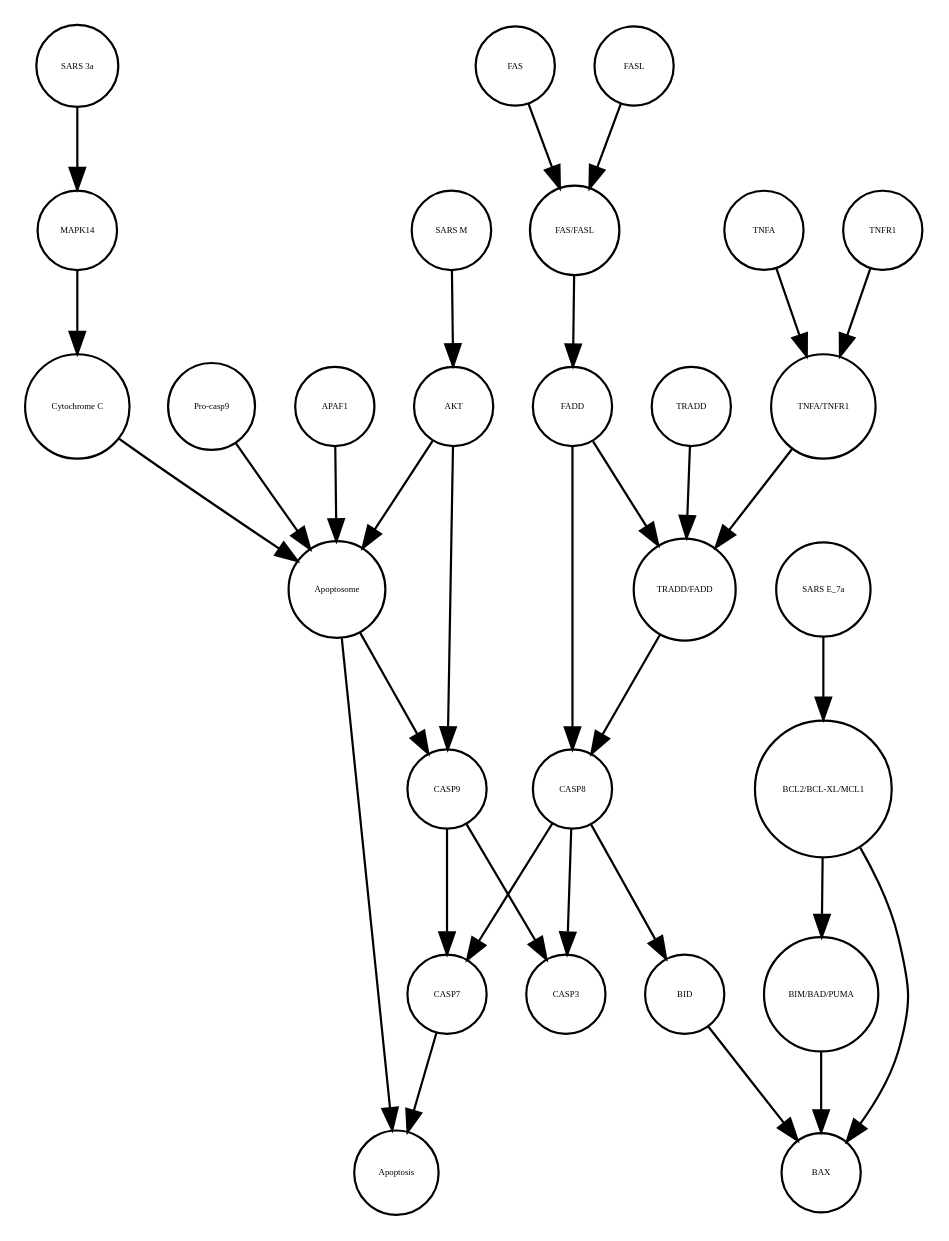
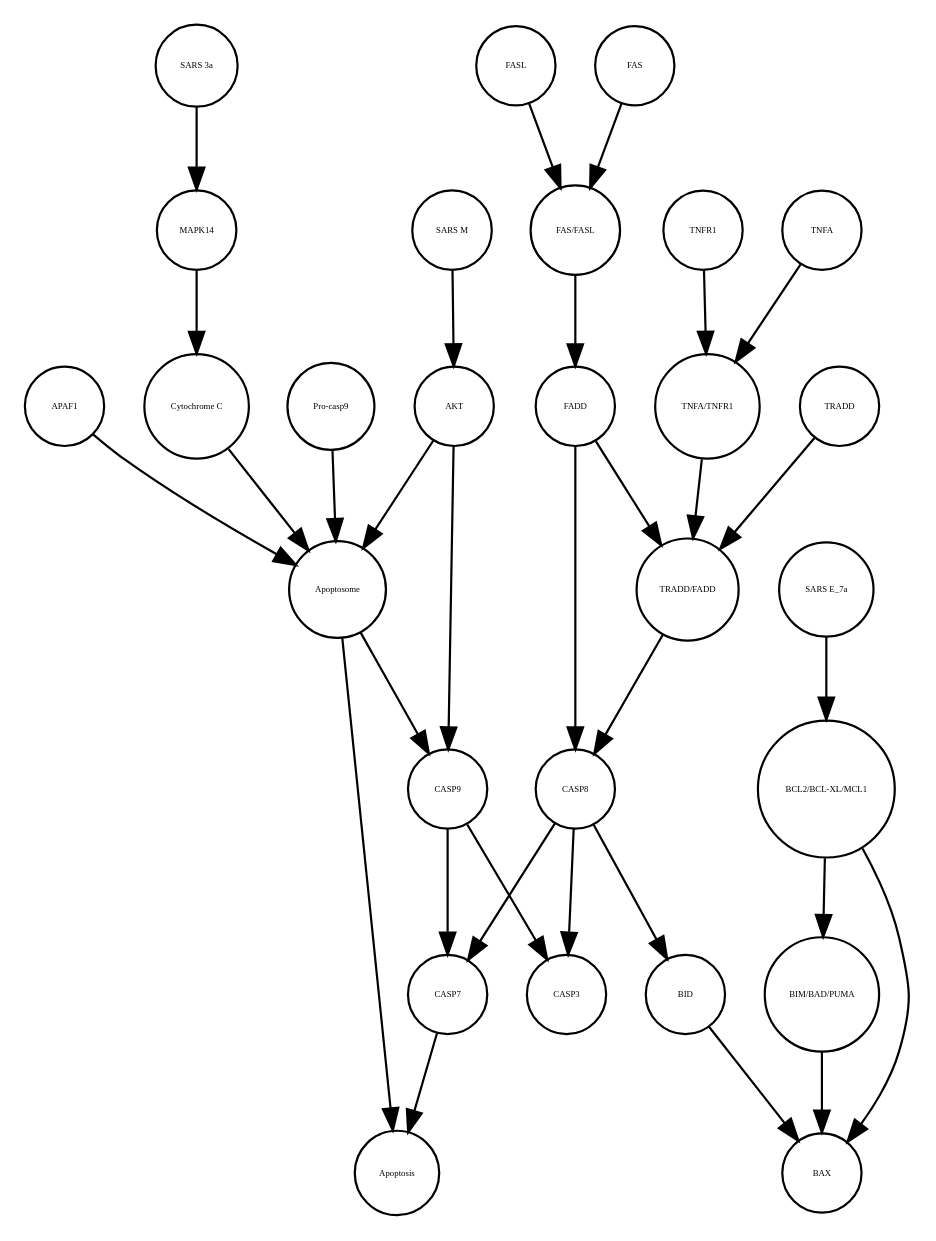
Before and after one commit to cannin/covid19-sbgn: the diagram in Apoptosis_VS_SSA_AN.xml_projected.dot, drawn with Graphviz. The commit also changed other lines of this file and 575 other files, not shown here.

```diff
--- a/Apoptosis_VS_SSA_AN.xml_projected.dot
+++ b/Apoptosis_VS_SSA_AN.xml_projected.dot
@@ -1,60 +1,60 @@
 strict digraph  {
 CASP7 [annotation="", bipartite=0, cls=macromolecule, fontsize=4, label=CASP7, shape=circle];
 Apoptosis [annotation="", bipartite=0, cls=phenotype, fontsize=4, label=Apoptosis, shape=circle];
 Apoptosome [annotation="", bipartite=0, cls=complex, fontsize=4, label=Apoptosome, shape=circle];
-"TRADD/FADD" [annotation="", bipartite=0, cls=complex, fontsize=4, label="TRADD/FADD", shape=circle];
-"FAS/FASL" [annotation="", bipartite=0, cls=complex, fontsize=4, label="FAS/FASL", shape=circle];
-MAPK14 [annotation="", bipartite=0, cls=macromolecule, fontsize=4, label=MAPK14, shape=circle];
-CASP3 [annotation="", bipartite=0, cls=macromolecule, fontsize=4, label=CASP3, shape=circle];
+TNFR1 [annotation="", bipartite=0, cls=macromolecule, fontsize=4, label=TNFR1, shape=circle];
 "SARS M" [annotation="", bipartite=0, cls=macromolecule, fontsize=4, label="SARS M", shape=circle];
-TRADD [annotation="", bipartite=0, cls=macromolecule, fontsize=4, label=TRADD, shape=circle];
+"SARS 3a" [annotation="", bipartite=0, cls=macromolecule, fontsize=4, label="SARS 3a", shape=circle];
+BID [annotation="", bipartite=0, cls=macromolecule, fontsize=4, label=BID, shape=circle];
+FAS [annotation="", bipartite=0, cls=macromolecule, fontsize=4, label=FAS, shape=circle];
+BAX [annotation="", bipartite=0, cls=macromolecule, fontsize=4, label=BAX, shape=circle];
+CASP9 [annotation="", bipartite=0, cls=macromolecule, fontsize=4, label=CASP9, shape=circle];
+TNFA [annotation="", bipartite=0, cls=macromolecule, fontsize=4, label=TNFA, shape=circle];
 "BIM/BAD/PUMA" [annotation="", bipartite=0, cls=complex, fontsize=4, label="BIM/BAD/PUMA", shape=circle];
 APAF1 [annotation="", bipartite=0, cls=macromolecule, fontsize=4, label=APAF1, shape=circle];
+CASP3 [annotation="", bipartite=0, cls=macromolecule, fontsize=4, label=CASP3, shape=circle];
+"TNFA/TNFR1" [annotation="", bipartite=0, cls=complex, fontsize=4, label="TNFA/TNFR1", shape=circle];
+"TRADD/FADD" [annotation="", bipartite=0, cls=complex, fontsize=4, label="TRADD/FADD", shape=circle];
+MAPK14 [annotation="", bipartite=0, cls=macromolecule, fontsize=4, label=MAPK14, shape=circle];
+"Cytochrome C" [annotation="", bipartite=0, cls=macromolecule, fontsize=4, label="Cytochrome C", shape=circle];
 "SARS E_7a" [annotation="", bipartite=0, cls=macromolecule, fontsize=4, label="SARS E_7a", shape=circle];
-CASP9 [annotation="", bipartite=0, cls=macromolecule, fontsize=4, label=CASP9, shape=circle];
-"SARS 3a" [annotation="", bipartite=0, cls=macromolecule, fontsize=4, label="SARS 3a", shape=circle];
-"TNFA/TNFR1" [annotation="", bipartite=0, cls=complex, fontsize=4, label="TNFA/TNFR1", shape=circle];
-TNFA [annotation="", bipartite=0, cls=macromolecule, fontsize=4, label=TNFA, shape=circle];
+"FAS/FASL" [annotation="", bipartite=0, cls=complex, fontsize=4, label="FAS/FASL", shape=circle];
+FASL [annotation="", bipartite=0, cls=macromolecule, fontsize=4, label=FASL, shape=circle];
 AKT [annotation="", bipartite=0, cls=macromolecule, fontsize=4, label=AKT, shape=circle];
-FASL [annotation="", bipartite=0, cls=macromolecule, fontsize=4, label=FASL, shape=circle];
+CASP8 [annotation="", bipartite=0, cls=macromolecule, fontsize=4, label=CASP8, shape=circle];
 "BCL2/BCL-XL/MCL1" [annotation="", bipartite=0, cls=complex, fontsize=4, label="BCL2/BCL-XL/MCL1", shape=circle];
+TRADD [annotation="", bipartite=0, cls=macromolecule, fontsize=4, label=TRADD, shape=circle];
 "Pro-casp9" [annotation="", bipartite=0, cls=macromolecule, fontsize=4, label="Pro-casp9", shape=circle];
-BAX [annotation="", bipartite=0, cls=macromolecule, fontsize=4, label=BAX, shape=circle];
 FADD [annotation="", bipartite=0, cls=macromolecule, fontsize=4, label=FADD, shape=circle];
-BID [annotation="", bipartite=0, cls=macromolecule, fontsize=4, label=BID, shape=circle];
-CASP8 [annotation="", bipartite=0, cls=macromolecule, fontsize=4, label=CASP8, shape=circle];
-FAS [annotation="", bipartite=0, cls=macromolecule, fontsize=4, label=FAS, shape=circle];
-"Cytochrome C" [annotation="", bipartite=0, cls=macromolecule, fontsize=4, label="Cytochrome C", shape=circle];
-TNFR1 [annotation="", bipartite=0, cls=macromolecule, fontsize=4, label=TNFR1, shape=circle];
 CASP7 -> Apoptosis  [annotation="", interaction_type=stimulation];
 Apoptosome -> Apoptosis  [annotation="", interaction_type=stimulation];
 Apoptosome -> CASP9  [annotation="urn_miriam_kegg.pathway_hsa04210", interaction_type=catalysis];
-"TRADD/FADD" -> CASP8  [annotation="urn_miriam_kegg.pathway_hsa04210", interaction_type=catalysis];
-"FAS/FASL" -> FADD  [annotation="urn_miriam_kegg.pathway_hsa04210", interaction_type=catalysis];
-MAPK14 -> "Cytochrome C"  [annotation="urn_miriam_kegg.pathway_hsa04210|urn_miriam_pubmed_31226023", interaction_type=catalysis];
+TNFR1 -> "TNFA/TNFR1"  [annotation="", interaction_type=production];
 "SARS M" -> AKT  [annotation=urn_miriam_pubmed_31226023, interaction_type=inhibition];
-TRADD -> "TRADD/FADD"  [annotation="", interaction_type=production];
+"SARS 3a" -> MAPK14  [annotation=urn_miriam_pubmed_31226023, interaction_type=catalysis];
+BID -> BAX  [annotation=urn_miriam_pubmed_31226023, interaction_type=catalysis];
+FAS -> "FAS/FASL"  [annotation="", interaction_type=production];
+CASP9 -> CASP3  [annotation="urn_miriam_kegg.pathway_hsa04210", interaction_type=catalysis];
+CASP9 -> CASP7  [annotation="urn_miriam_kegg.pathway_hsa04210", interaction_type=catalysis];
+TNFA -> "TNFA/TNFR1"  [annotation="", interaction_type=production];
 "BIM/BAD/PUMA" -> BAX  [annotation=urn_miriam_pubmed_31226023, interaction_type=catalysis];
 APAF1 -> Apoptosome  [annotation="", interaction_type=production];
+"TNFA/TNFR1" -> "TRADD/FADD"  [annotation="urn_miriam_kegg.pathway_hsa04210", interaction_type=catalysis];
+"TRADD/FADD" -> CASP8  [annotation="urn_miriam_kegg.pathway_hsa04210", interaction_type=catalysis];
+MAPK14 -> "Cytochrome C"  [annotation="urn_miriam_kegg.pathway_hsa04210|urn_miriam_pubmed_31226023", interaction_type=catalysis];
+"Cytochrome C" -> Apoptosome  [annotation="", interaction_type=production];
 "SARS E_7a" -> "BCL2/BCL-XL/MCL1"  [annotation="", interaction_type=inhibition];
-CASP9 -> CASP7  [annotation="urn_miriam_kegg.pathway_hsa04210", interaction_type=catalysis];
-CASP9 -> CASP3  [annotation="urn_miriam_kegg.pathway_hsa04210", interaction_type=catalysis];
-"SARS 3a" -> MAPK14  [annotation=urn_miriam_pubmed_31226023, interaction_type=catalysis];
-"TNFA/TNFR1" -> "TRADD/FADD"  [annotation="urn_miriam_kegg.pathway_hsa04210", interaction_type=catalysis];
-TNFA -> "TNFA/TNFR1"  [annotation="", interaction_type=production];
+"FAS/FASL" -> FADD  [annotation="urn_miriam_kegg.pathway_hsa04210", interaction_type=catalysis];
+FASL -> "FAS/FASL"  [annotation="", interaction_type=production];
 AKT -> Apoptosome  [annotation="urn_miriam_kegg.pathway_hsa04210", interaction_type=inhibition];
 AKT -> CASP9  [annotation="urn_miriam_kegg.pathway_hsa04210", interaction_type=inhibition];
-FASL -> "FAS/FASL"  [annotation="", interaction_type=production];
-"BCL2/BCL-XL/MCL1" -> "BIM/BAD/PUMA"  [annotation="", interaction_type=inhibition];
-"BCL2/BCL-XL/MCL1" -> BAX  [annotation=urn_miriam_pubmed_31226023, interaction_type=inhibition];
-"Pro-casp9" -> Apoptosome  [annotation="", interaction_type=production];
-FADD -> "TRADD/FADD"  [annotation="", interaction_type=production];
-FADD -> CASP8  [annotation="urn_miriam_kegg.pathway_hsa04210", interaction_type=catalysis];
-BID -> BAX  [annotation=urn_miriam_pubmed_31226023, interaction_type=catalysis];
+CASP8 -> CASP3  [annotation="urn_miriam_kegg.pathway_hsa04210", interaction_type=catalysis];
 CASP8 -> CASP7  [annotation="urn_miriam_kegg.pathway_hsa04210", interaction_type=catalysis];
 CASP8 -> BID  [annotation="urn_miriam_kegg.pathway_hsa04210", interaction_type=catalysis];
-CASP8 -> CASP3  [annotation="urn_miriam_kegg.pathway_hsa04210", interaction_type=catalysis];
-FAS -> "FAS/FASL"  [annotation="", interaction_type=production];
-"Cytochrome C" -> Apoptosome  [annotation="", interaction_type=production];
-TNFR1 -> "TNFA/TNFR1"  [annotation="", interaction_type=production];
+"BCL2/BCL-XL/MCL1" -> BAX  [annotation=urn_miriam_pubmed_31226023, interaction_type=inhibition];
+"BCL2/BCL-XL/MCL1" -> "BIM/BAD/PUMA"  [annotation="", interaction_type=inhibition];
+TRADD -> "TRADD/FADD"  [annotation="", interaction_type=production];
+"Pro-casp9" -> Apoptosome  [annotation="", interaction_type=production];
+FADD -> CASP8  [annotation="urn_miriam_kegg.pathway_hsa04210", interaction_type=catalysis];
+FADD -> "TRADD/FADD"  [annotation="", interaction_type=production];
 }
```
